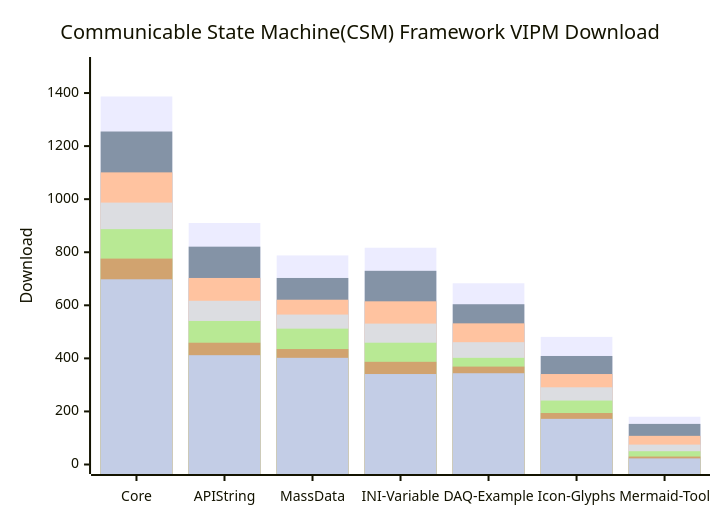
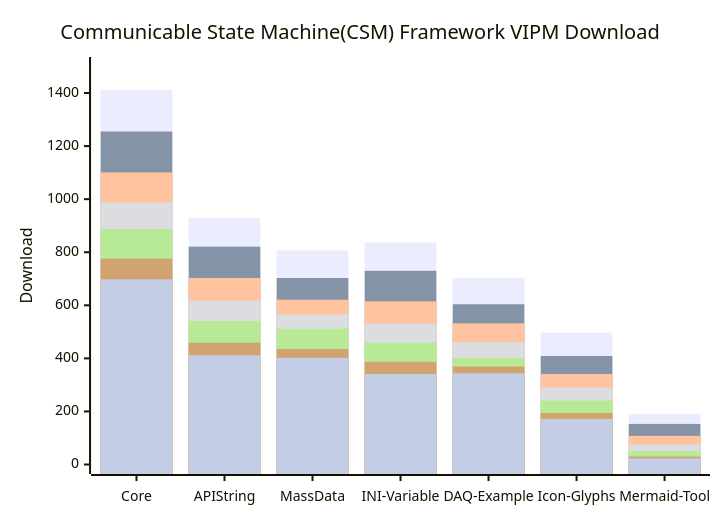
One commit to NEVSTOP-LAB/.github changed the diagram in profile/README.md. Above: the diagram before and after it, drawn with Mermaid.

````diff
--- a/profile/README.md
+++ b/profile/README.md
@@ -31,13 +31,13 @@
 ```mermaid
     xychart-beta
     title "Communicable State Machine(CSM) Framework VIPM Download"
     x-axis [Core, API String, MassData, INI-Variable, DAQ-Example, Icon-Glyphs, Mermaid-Tool]
     y-axis "Download" 0 --> 1500
-    bar   [1387, 910, 788, 817, 683, 481, 180]
+    bar   [1412, 929, 807, 837, 704, 497, 191]
     bar   [1255, 821, 703, 730, 604, 409, 153]
     bar   [1101, 703, 621, 615, 532, 341, 108]
     bar   [987, 617, 565, 531, 461, 291, 75]
     bar   [887, 541, 512, 459, 402, 241, 50]
     bar   [776, 459, 435, 387, 369, 194, 30]
     bar   [698, 412, 402, 341, 344, 172, 23]
 ```
````
